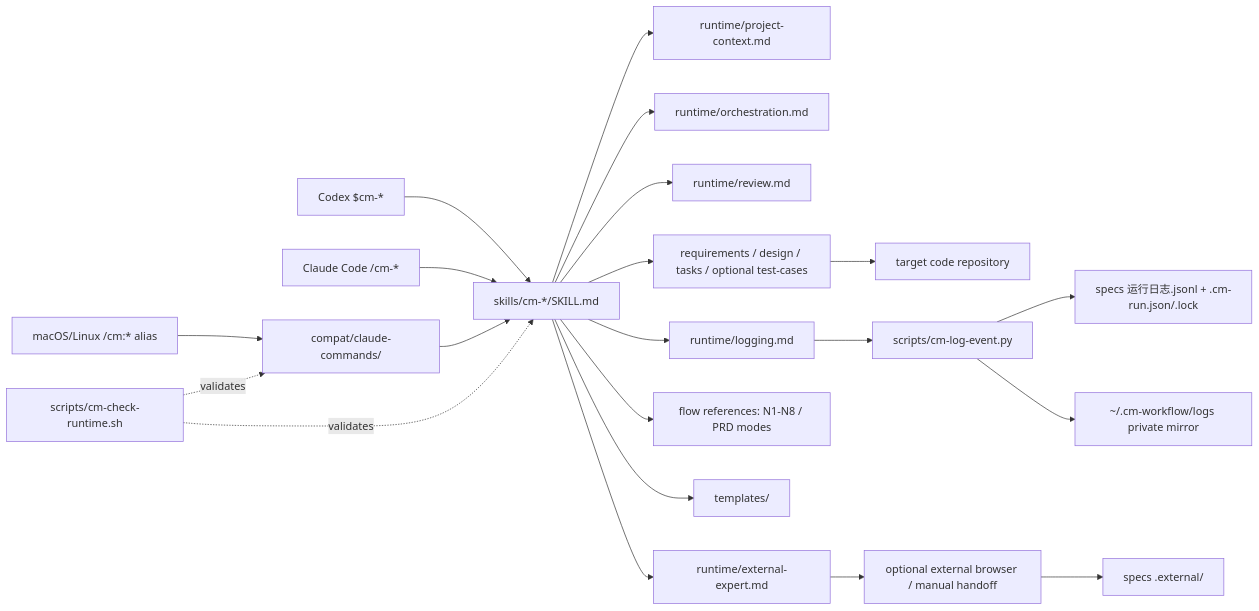
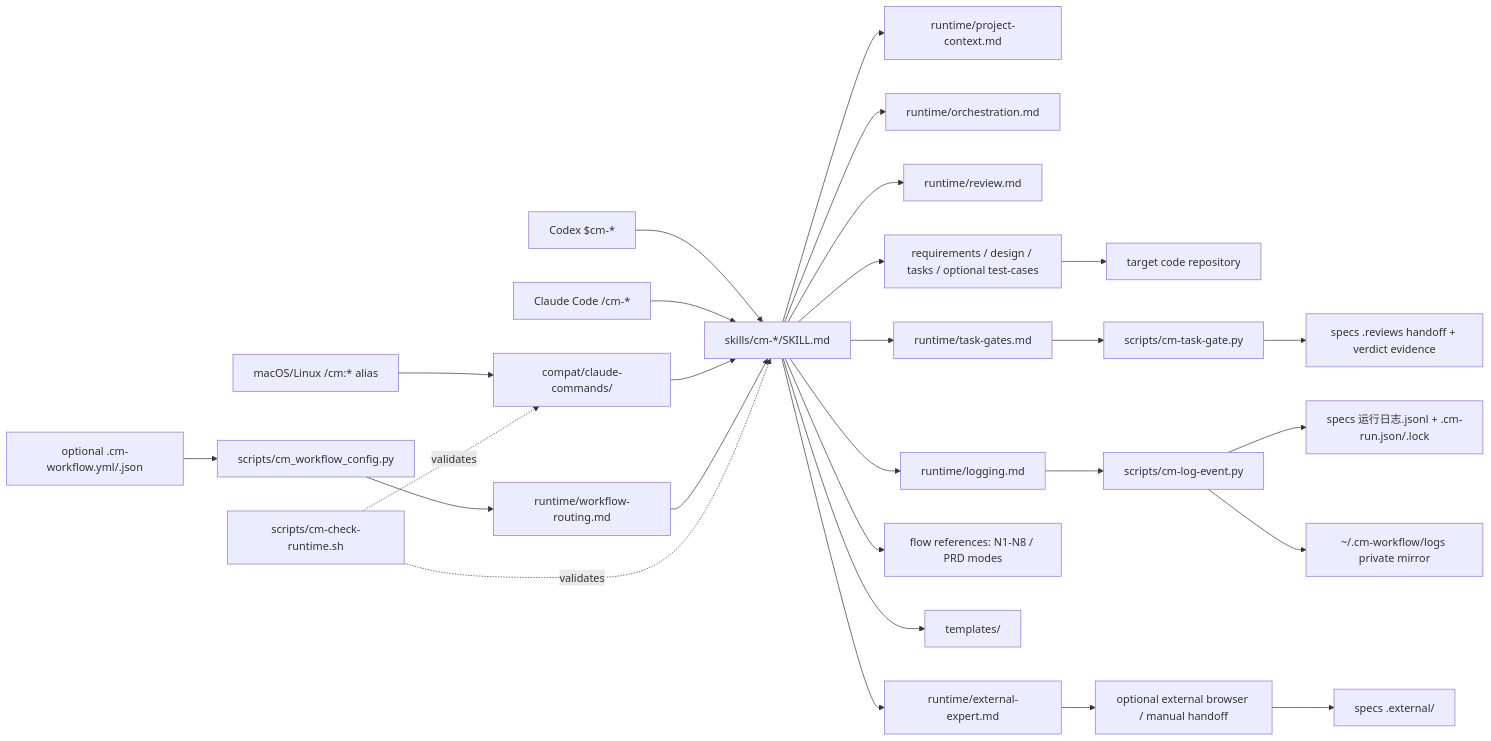
The diagram in docs/architecture.md (kingxiaozhe/cm-workflow), drawn with Mermaid before and after one commit. The commit also changed other lines of this file and 40 other files, not shown here.

First line of the commit message:
feat: add configurable workflow routing and task gates

````diff
--- a/docs/architecture.md
+++ b/docs/architecture.md
@@ -5,23 +5,29 @@
 ```mermaid
 flowchart LR
     Codex["Codex $cm-*"] --> Skills["skills/cm-*/SKILL.md"]
     Claude["Claude Code /cm-*"] --> Skills
     Legacy["macOS/Linux /cm:* alias"] --> Wrappers["compat/claude-commands/"]
     Wrappers --> Skills
     Skills --> Context["runtime/project-context.md"]
     Skills --> Orchestration["runtime/orchestration.md"]
     Skills --> Review["runtime/review.md"]
+    Skills --> TaskGates["runtime/task-gates.md"]
     Skills --> Logging["runtime/logging.md"]
     Skills --> External["runtime/external-expert.md"]
     Skills --> References["flow references: N1-N8 / PRD modes"]
     Skills --> Templates["templates/"]
     Skills --> Specs["requirements / design / tasks / optional test-cases"]
     Specs --> Target["target code repository"]
     External --> Provider["optional external browser / manual handoff"]
     Provider --> ExternalEvidence["specs .external/"]
     Logging --> Writer["scripts/cm-log-event.py"]
     Writer --> ProjectLog["specs 运行日志.jsonl + .cm-run.json/.lock"]
     Writer --> GlobalLog["~/.cm-workflow/logs private mirror"]
+    Config["optional .cm-workflow.yml/.json"] --> ConfigCheck["scripts/cm_workflow_config.py"]
+    ConfigCheck --> Routing["runtime/workflow-routing.md"]
+    Routing --> Skills
+    TaskGates --> GateCheck["scripts/cm-task-gate.py"]
+    GateCheck --> Reviews["specs .reviews handoff + verdict evidence"]
     Check["scripts/cm-check-runtime.sh"] -. validates .-> Skills
     Check -. validates .-> Wrappers
 ```
````
